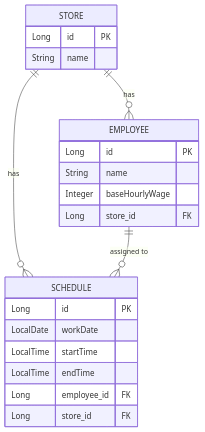
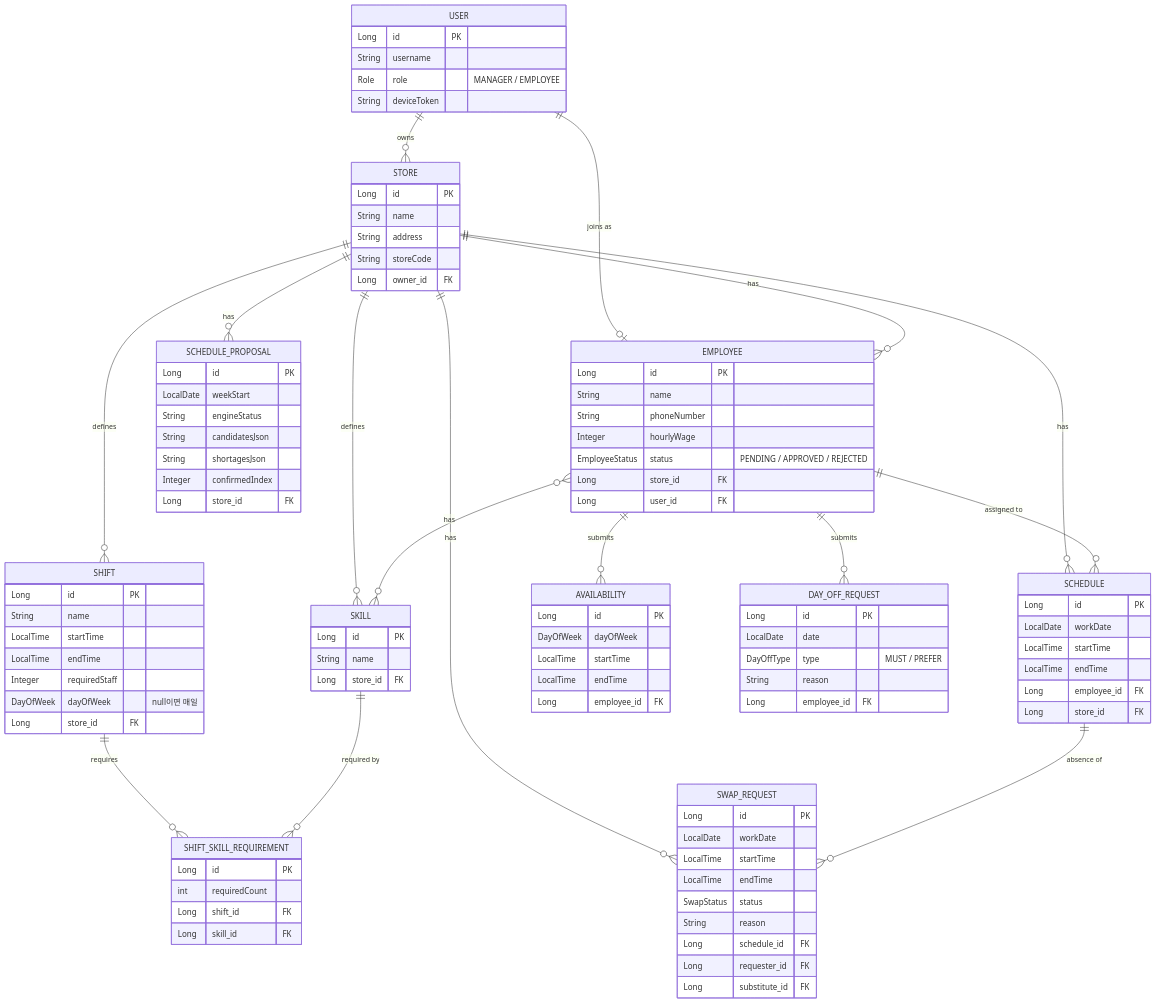
The second of 2 diagrams in README.md (kw-store-scheduler/store-scheduler-backend), drawn with Mermaid before and after one commit. The commit also changed other lines of this file and 9 other files, not shown here.

````diff
--- a/README.md
+++ b/README.md
@@ -26,18 +68,76 @@
 ```mermaid
 erDiagram
+    USER ||--o{ STORE : "owns"
+    USER ||--o| EMPLOYEE : "joins as"
     STORE ||--o{ EMPLOYEE : "has"
+    STORE ||--o{ SHIFT : "defines"
+    STORE ||--o{ SKILL : "defines"
     STORE ||--o{ SCHEDULE : "has"
+    STORE ||--o{ SCHEDULE_PROPOSAL : "has"
+    STORE ||--o{ SWAP_REQUEST : "has"
+    EMPLOYEE ||--o{ AVAILABILITY : "submits"
+    EMPLOYEE ||--o{ DAY_OFF_REQUEST : "submits"
+    EMPLOYEE }o--o{ SKILL : "has"
     EMPLOYEE ||--o{ SCHEDULE : "assigned to"
+    SHIFT ||--o{ SHIFT_SKILL_REQUIREMENT : "requires"
+    SKILL ||--o{ SHIFT_SKILL_REQUIREMENT : "required by"
+    SCHEDULE ||--o{ SWAP_REQUEST : "absence of"
 
+    USER {
+        Long id PK
+        String username
+        Role role "MANAGER / EMPLOYEE"
+        String deviceToken
+    }
     STORE {
         Long id PK
         String name
+        String address
+        String storeCode
+        Long owner_id FK
     }
     EMPLOYEE {
         Long id PK
         String name
-        Integer baseHourlyWage
+        String phoneNumber
+        Integer hourlyWage
+        EmployeeStatus status "PENDING / APPROVED / REJECTED"
         Long store_id FK
+        Long user_id FK
+    }
+    AVAILABILITY {
+        Long id PK
+        DayOfWeek dayOfWeek
+        LocalTime startTime
+        LocalTime endTime
+        Long employee_id FK
+    }
+    DAY_OFF_REQUEST {
+        Long id PK
+        LocalDate date
+        DayOffType type "MUST / PREFER"
+        String reason
+        Long employee_id FK
+    }
+    SHIFT {
+        Long id PK
+        String name
+        LocalTime startTime
+        LocalTime endTime
+        Integer requiredStaff
+        DayOfWeek dayOfWeek "null이면 매일"
+        Long store_id FK
+    }
+    SKILL {
+        Long id PK
+        String name
+        Long store_id FK
+    }
+    SHIFT_SKILL_REQUIREMENT {
+        Long id PK
+        int requiredCount
+        Long shift_id FK
+        Long skill_id FK
     }
     SCHEDULE {
         Long id PK
@@ -47,4 +147,24 @@
         Long employee_id FK
         Long store_id FK
     }
+    SCHEDULE_PROPOSAL {
+        Long id PK
+        LocalDate weekStart
+        String engineStatus
+        String candidatesJson
+        String shortagesJson
+        Integer confirmedIndex
+        Long store_id FK
+    }
+    SWAP_REQUEST {
+        Long id PK
+        LocalDate workDate
+        LocalTime startTime
+        LocalTime endTime
+        SwapStatus status
+        String reason
+        Long schedule_id FK
+        Long requester_id FK
+        Long substitute_id FK
+    }
 ```
````
